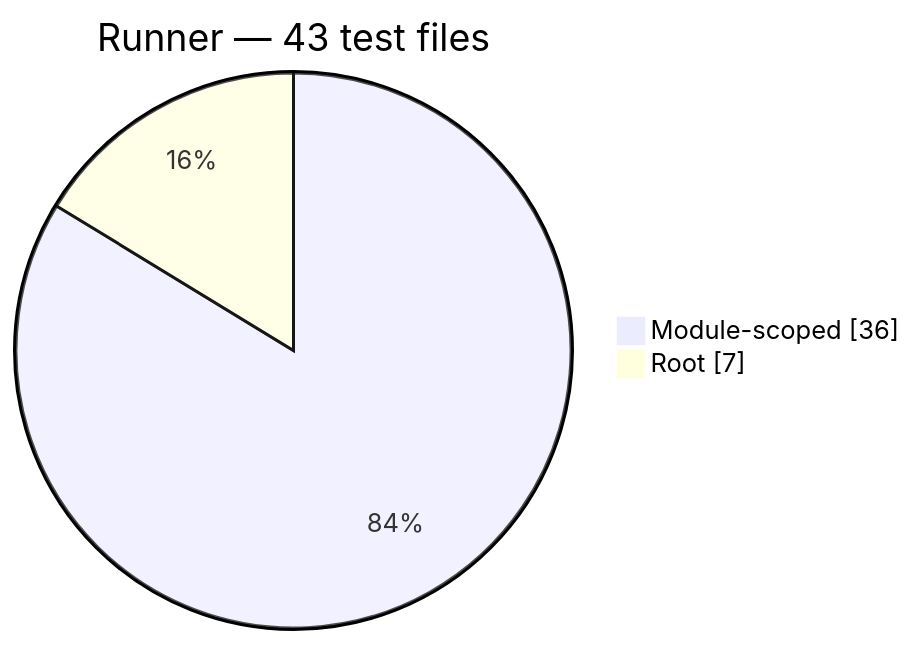
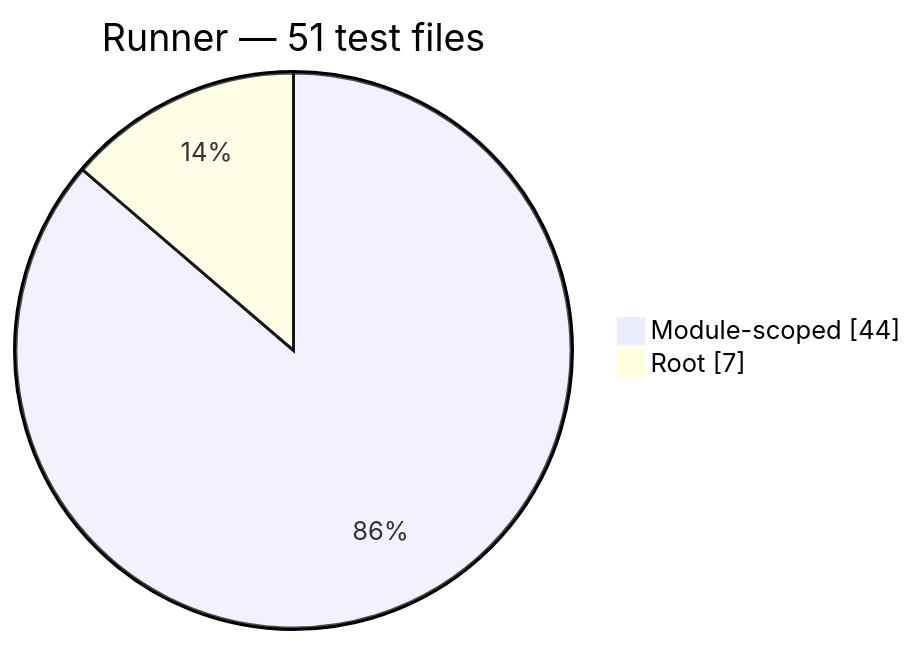
One commit to Mohammed-Alama/php-arazzo changed the ninth of 12 diagrams in docs/generated/test-composition.md. Above: the diagram before and after it, drawn with Mermaid. The commit also changed other lines of this file and 123 other files, not shown here.

````diff
--- a/docs/generated/test-composition.md
+++ b/docs/generated/test-composition.md
@@ -136,6 +122,6 @@
 ```mermaid
 pie showData
-    title Runner — 43 test files
-    "Module-scoped": 36
+    title Runner — 51 test files
+    "Module-scoped": 44
     "Root": 7
 ```
````
